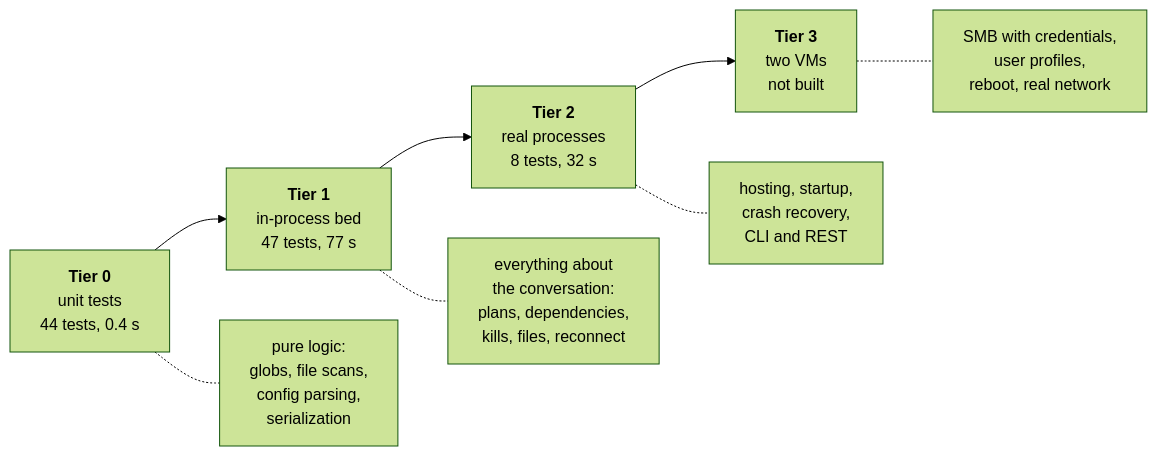
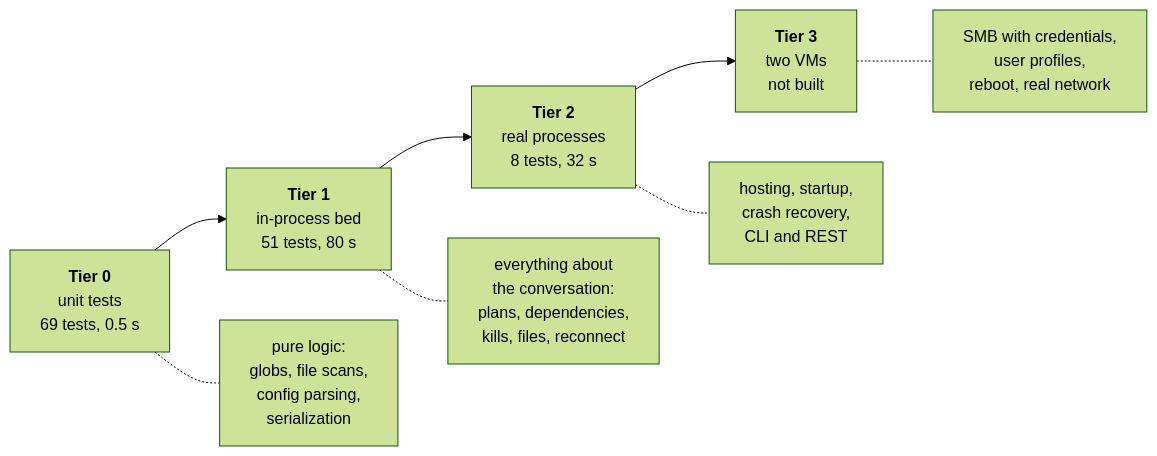
Before and after one commit to pjanec/dirigent: the first of 5 diagrams in docs/TestHarness.md, drawn with Mermaid (forest theme). The commit also changed other lines of this file and 1 other file, not shown here.

````diff
--- a/docs/TestHarness.md
+++ b/docs/TestHarness.md
@@ -87,14 +87,14 @@
 ```mermaid
 flowchart LR
-    T0["<b>Tier 0</b><br/>unit tests<br/>44 tests, 0.4 s"]
-    T1["<b>Tier 1</b><br/>in-process bed<br/>47 tests, 77 s"]
+    T0["<b>Tier 0</b><br/>unit tests<br/>69 tests, 0.5 s"]
+    T1["<b>Tier 1</b><br/>in-process bed<br/>51 tests, 80 s"]
     T2["<b>Tier 2</b><br/>real processes<br/>8 tests, 32 s"]
     T3["<b>Tier 3</b><br/>two VMs<br/>not built"]
 
     T0 --> T1 --> T2 --> T3
 
     T0 -.- N0["pure logic:<br/>globs, file scans,<br/>config parsing,<br/>serialization"]
     T1 -.- N1["everything about<br/>the conversation:<br/>plans, dependencies,<br/>kills, files, reconnect"]
     T2 -.- N2["hosting, startup,<br/>crash recovery,<br/>CLI and REST"]
     T3 -.- N3["SMB with credentials,<br/>user profiles,<br/>reboot, real network"]
 ```
````
